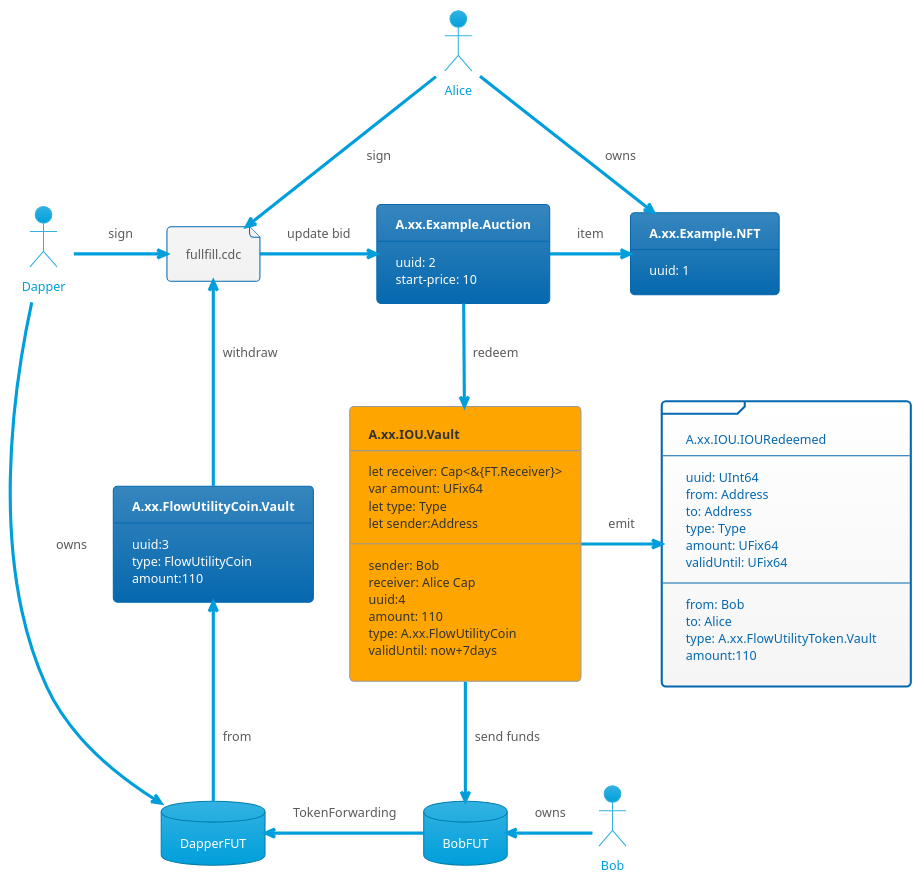
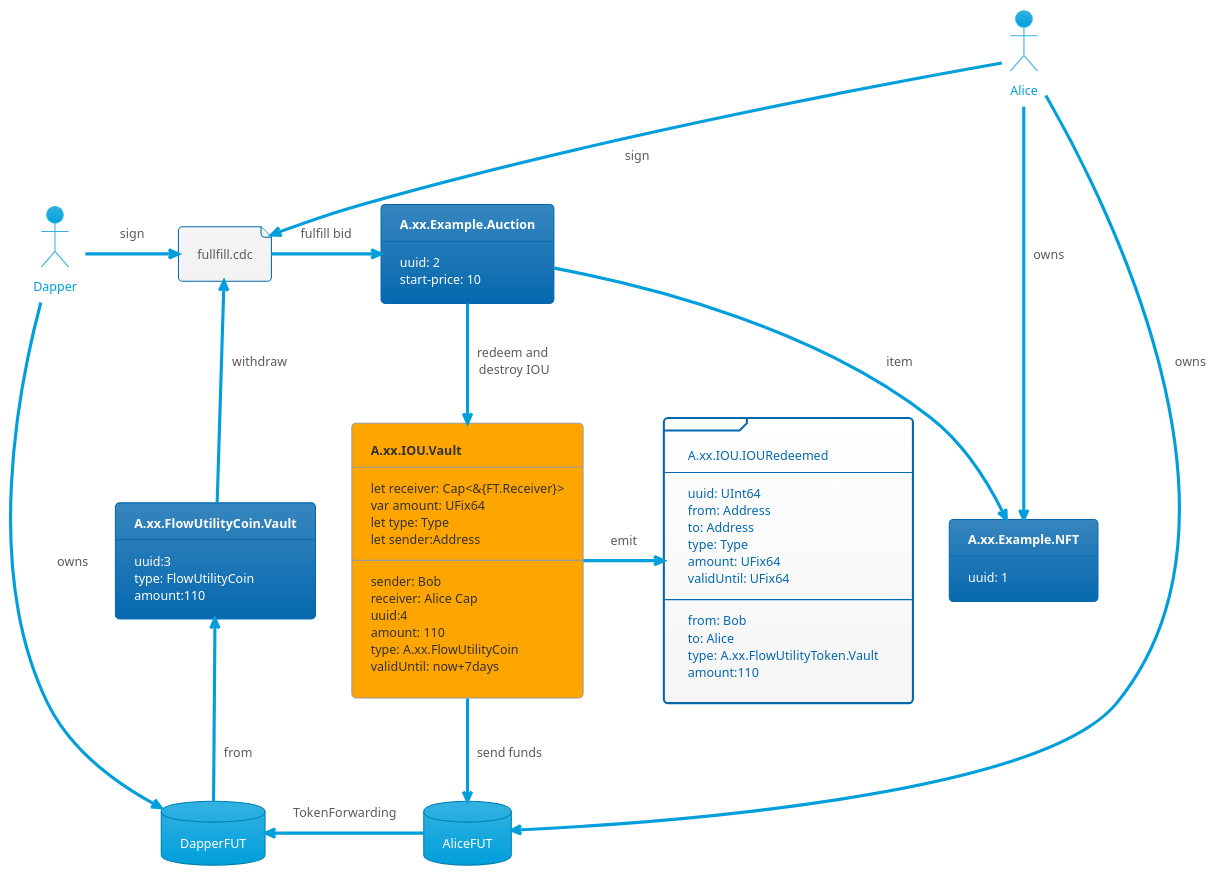
One commit to findonflow/iou changed the diagram in fulfillBid.puml. Above: the diagram before and after it, drawn with PlantUML. The commit also changed 8 other files, not shown here.

```diff
--- a/fulfillBid.puml
+++ b/fulfillBid.puml
@@ -1,90 +1,88 @@
 @startuml
 !theme bluegray
 
 actor Alice
 actor Dapper
 
-actor Bob
-
-Database BobFUT
+Database AliceFUT
 
 Database DapperFUT 
 
 file Bid [
     fullfill.cdc
 ]
 
 frame iouupdated [
     A.xx.IOU.IOURedeemed
     ---
     uuid: UInt64
     from: Address
     to: Address
     type: Type
     amount: UFix64
     validUntil: UFix64
     ---
     from: Bob
     to: Alice
     type: A.xx.FlowUtilityToken.Vault
     amount:110
 ]
 
 
 card Vault [
         <b>A.xx.FlowUtilityCoin.Vault
         ---
         uuid:3
         type: FlowUtilityCoin
         amount:110
     ]
 
 
 card NFT [
     <b>A.xx.Example.NFT
     ---
     uuid: 1
 ]
 
 card Auction [
     <b>A.xx.Example.Auction
     ---
     uuid: 2
     start-price: 10
 ]
 
 agent IOU [
     <b>A.xx.IOU.Vault
     ---
     let receiver: Cap<&{FT.Receiver}>
     var amount: UFix64
     let type: Type
     let sender:Address
     ---
     sender: Bob
     receiver: Alice Cap
     uuid:4
     amount: 110
     type: A.xx.FlowUtilityCoin
     validUntil: now+7days
 ]
 
 Alice --> Bid : sign
 Dapper -right-> Bid: sign
 
-Bid -right-> Auction: update bid
-Auction -down-> IOU : redeem
+Bid -right-> Auction: fulfill bid
+Auction -down-> IOU : redeem and \ndestroy IOU
 Bid <-- Vault : withdraw
 Vault <-- DapperFUT: from
 Dapper --> DapperFUT : owns
 
-IOU -down-> BobFUT: send funds
-BobFUT -left-> DapperFUT: TokenForwarding
+IOU -down-> AliceFUT: send funds
+AliceFUT -left-> DapperFUT: TokenForwarding
 
-Auction -right-> NFT : item 
+Auction --> NFT : item 
 
 IOU -right-> iouupdated: emit
 Alice --> NFT : owns
 
-Bob -left-> BobFUT: owns
+Alice --> AliceFUT: owns
 @enduml
```
